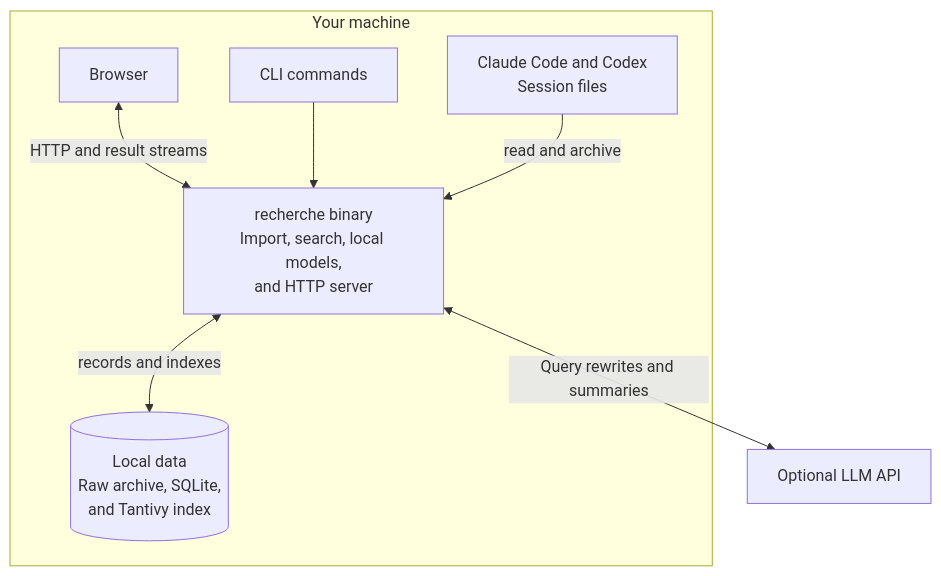
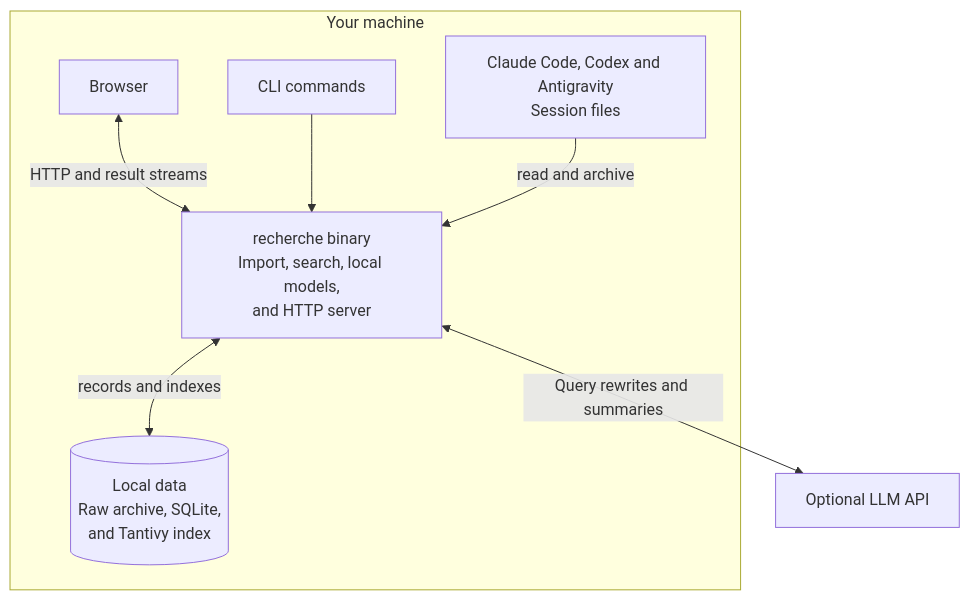
One commit to manojkarthick/recherche changed the first of 2 diagrams in docs/architecture.md. Above: the diagram before and after it, drawn with Mermaid. The commit also changed other lines of this file and 30 other files, not shown here.

````diff
--- a/docs/architecture.md
+++ b/docs/architecture.md
@@ -17,18 +17,18 @@
 ```mermaid
 flowchart TB
     subgraph machine["Your machine"]
         browser["Browser"]
-        sources["Claude Code and Codex<br/>Session files"]
+        sources["Claude Code, Codex and Antigravity<br/>Session files"]
         cli["CLI commands"]
         app["recherche binary<br/>Import, search, local models,<br/>and HTTP server"]
         data[("Local data<br/>Raw archive, SQLite,<br/>and Tantivy index")]
 
         browser <-->|"HTTP and result streams"| app
         cli --> app
         sources -->|"read and archive"| app
         app <-->|"records and indexes"| data
     end
 
     api["Optional LLM API"]
     app <-->|"Query rewrites and summaries"| api
 ```
````
